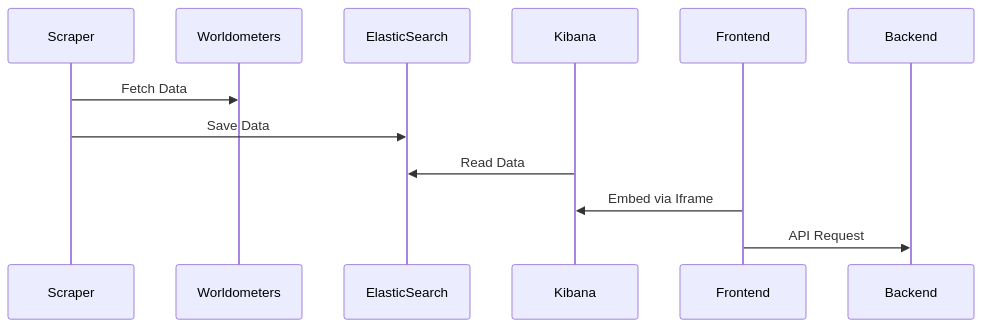
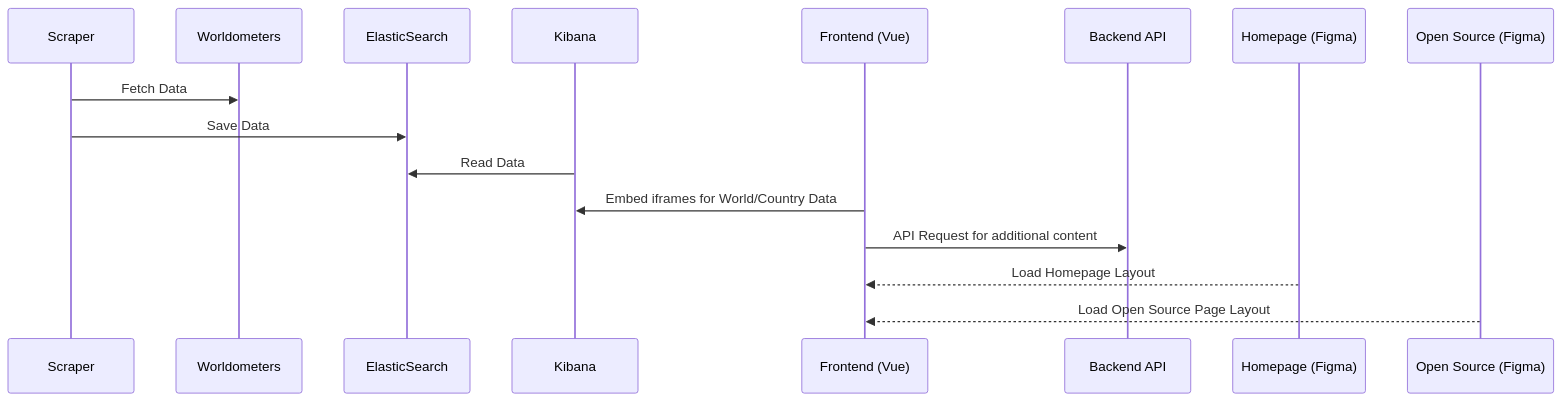
The diagram in README.md (fehu-zone/population-data-app), drawn with Mermaid before and after one commit. The commit also changed other lines of this file, not shown here.

````diff
--- a/README.md
+++ b/README.md
@@ -52,8 +53,20 @@
 ```mermaid
 sequenceDiagram
-    Scraper->>Worldometers: Fetch Data
-    Scraper->>ElasticSearch: Save Data
-    Kibana->>ElasticSearch: Read Data
-    Frontend->>Kibana: Embed via Iframe
-    Frontend->>Backend: API Request
+    participant S as Scraper
+    participant W as Worldometers
+    participant ES as ElasticSearch
+    participant K as Kibana
+    participant FE as Frontend (Vue)
+    participant BE as Backend API
+    participant H as Homepage (Figma)
+    participant OS as Open Source (Figma)
+    
+    S->>W: Fetch Data
+    S->>ES: Save Data
+    K->>ES: Read Data
+    FE->>K: Embed iframes for World/Country Data
+    FE->>BE: API Request for additional content
+    H-->>FE: Load Homepage Layout
+    OS-->>FE: Load Open Source Page Layout
+
 ```
````
